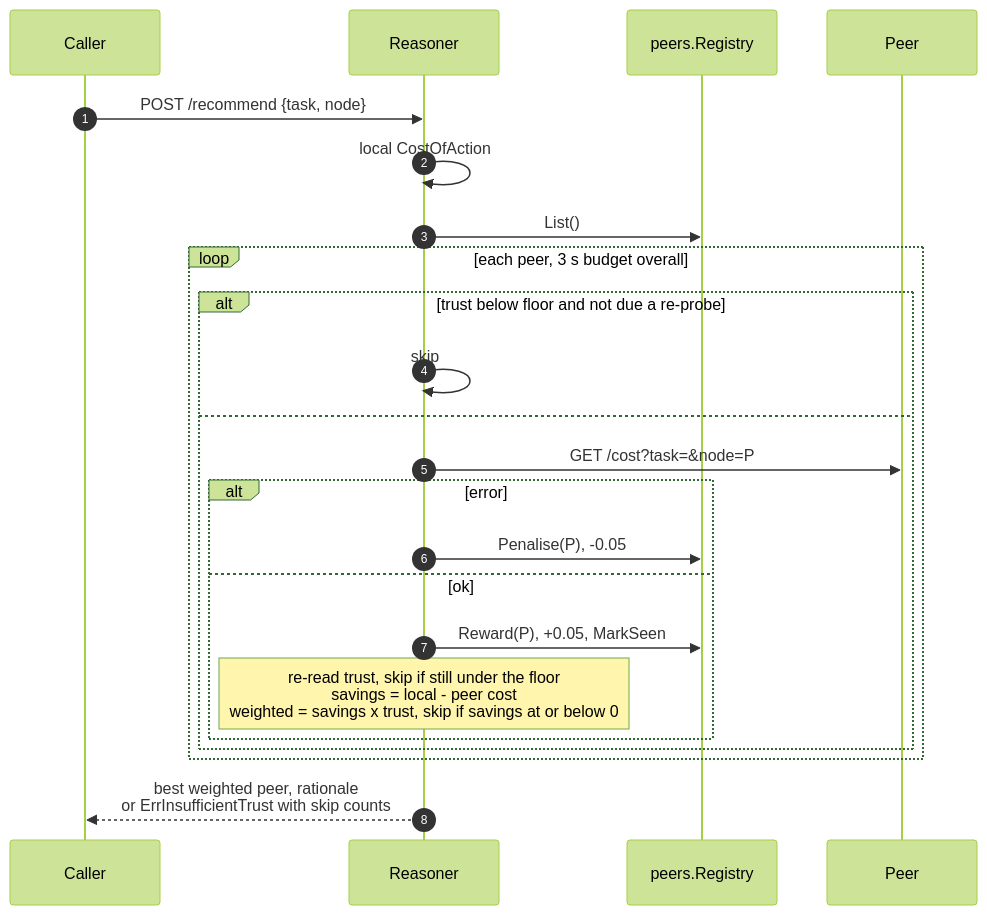
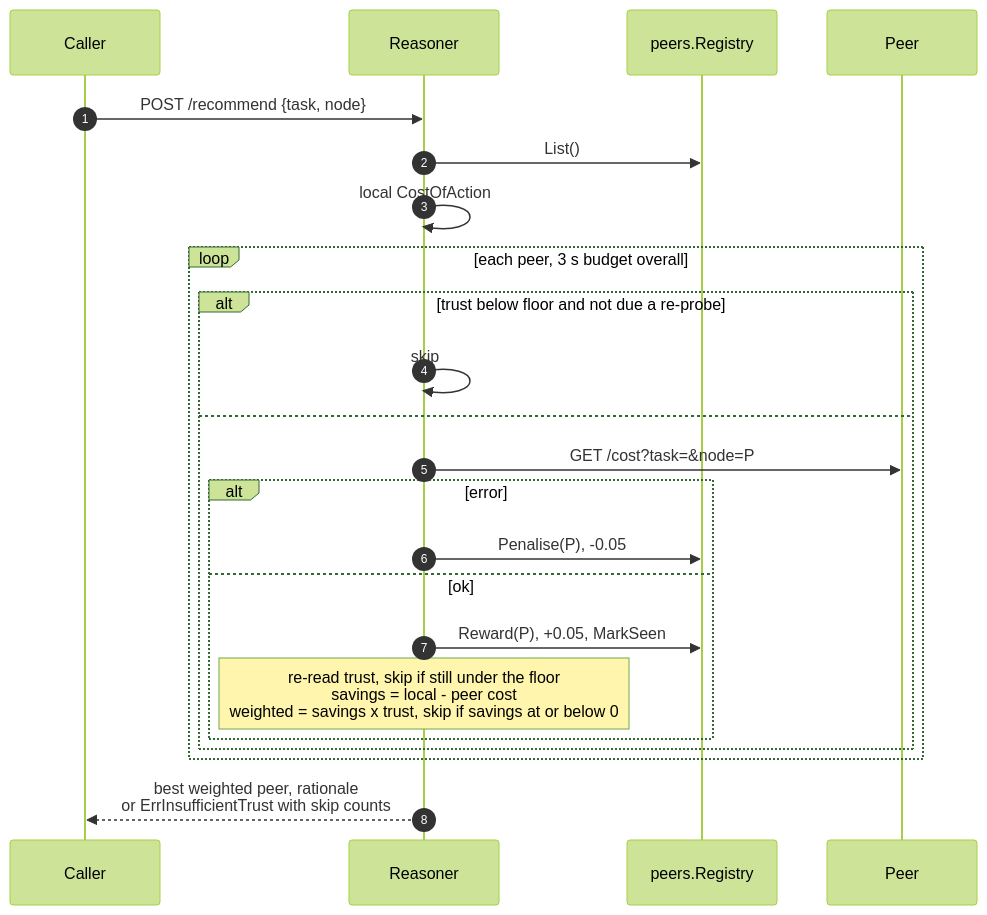
One commit to DiyazY/di-agent changed diagram 15 of 21 in docs/architecture-diagrams.md. Above: the diagram before and after it, drawn with Mermaid (forest theme). The commit also changed other lines of this file and 10 other files, not shown here.

First line of the commit message:
docs: correct diagrams and contract counts from PR review

````diff
--- a/docs/architecture-diagrams.md
+++ b/docs/architecture-diagrams.md
@@ -496,26 +516,26 @@
 ```mermaid
 sequenceDiagram
     autonumber
     participant Cl as Caller
     participant R as Reasoner
     participant Reg as peers.Registry
     participant P as Peer
 
     Cl->>R: POST /recommend {task, node}
+    R->>Reg: List()
     R->>R: local CostOfAction
-    R->>Reg: List()
     loop each peer, 3 s budget overall
         alt trust below floor and not due a re-probe
             R->>R: skip
         else
             R->>P: GET /cost?task=&node=P
             alt error
                 R->>Reg: Penalise(P), -0.05
             else ok
                 R->>Reg: Reward(P), +0.05, MarkSeen
                 Note over R: re-read trust, skip if still under the floor<br/>savings = local - peer cost<br/>weighted = savings x trust, skip if savings at or below 0
             end
         end
     end
     R-->>Cl: best weighted peer, rationale<br/>or ErrInsufficientTrust with skip counts
 ```
````
